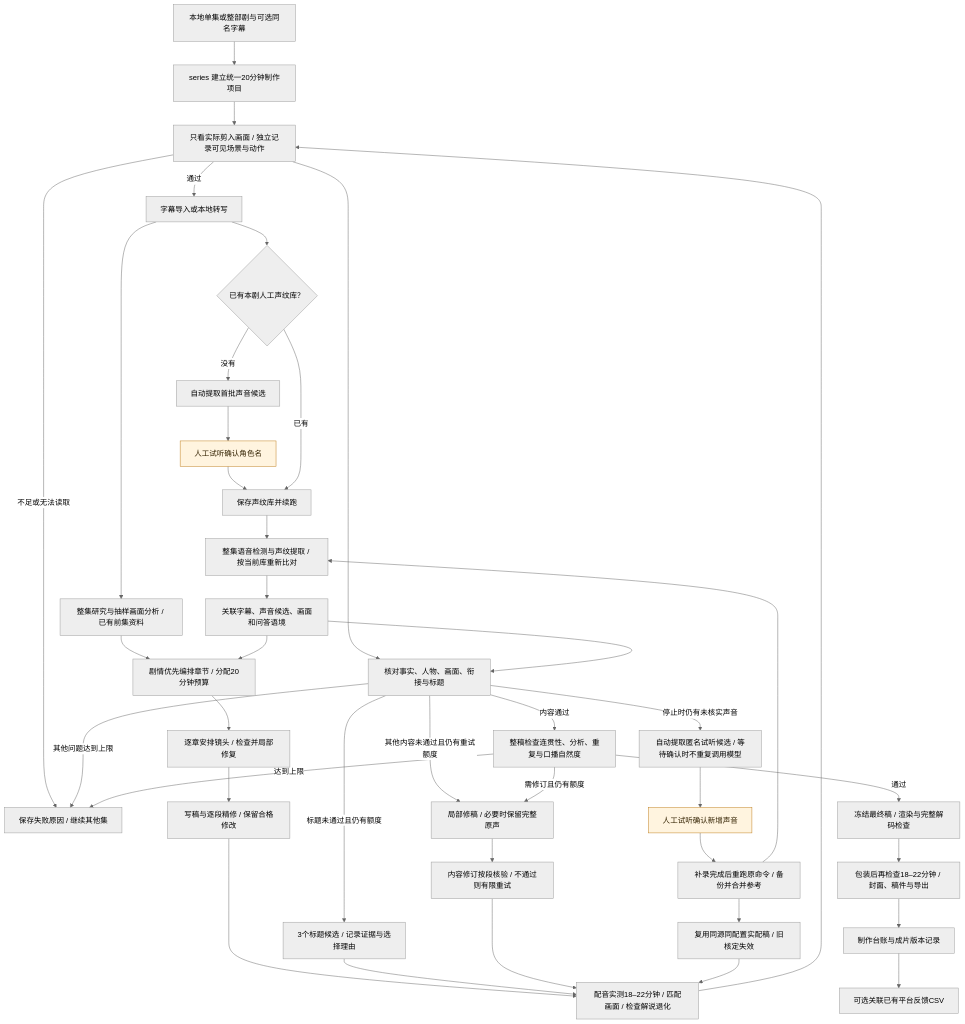
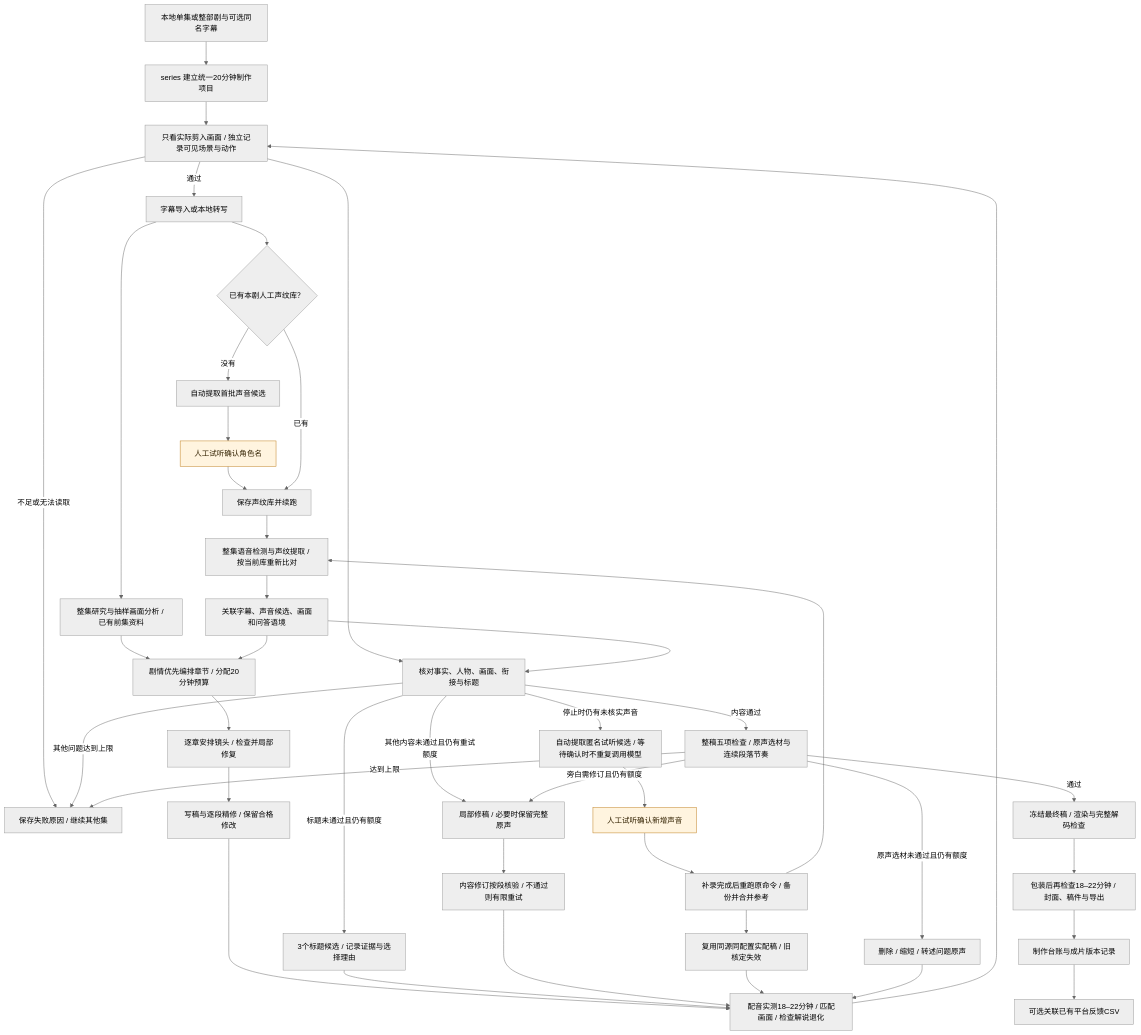
The first of 2 diagrams in README.md (redrain-wang/autoclip1), drawn with Mermaid (neutral theme) before and after one commit. The commit also changed other lines of this file and 10 other files, not shown here.

````diff
--- a/README.md
+++ b/README.md
@@ -65,44 +69,46 @@
 ```mermaid
 flowchart TD
     A[本地单集或整部剧与可选同名字幕] --> B[series 建立统一20分钟制作项目]
     B --> V{素材至少18分钟？}
     V -->|不足或无法读取| Q[保存失败原因 / 继续其他集]
     V -->|通过| C[字幕导入或本地转写]
     C --> D{已有本剧人工声纹库？}
     D -->|没有| E[自动提取首批声音候选]
     E --> F[人工试听确认角色名]
     F --> G[保存声纹库并续跑]
     D -->|已有| G
     G --> H[整集语音检测与声纹提取 / 按当前库重新比对]
     H --> I[关联字幕、声音候选、画面和问答语境]
     C --> J[整集研究与抽样画面分析 / 已有前集资料]
     J --> K[剧情优先编排章节 / 分配20分钟预算]
     I --> K
     K --> L[逐章安排镜头 / 检查并局部修复]
     L --> M[写稿与逐段精修 / 保留合格修改]
     M --> N[配音实测18–22分钟 / 匹配画面 / 检查解说退化]
     N --> V[只看实际剪入画面 / 独立记录可见场景与动作]
     V --> O[核对事实、人物、画面、衔接与标题]
     I --> O
     O -->|标题未通过且仍有额度| TT[3个标题候选 / 记录证据与选择理由]
     TT --> N
     O -->|其他内容未通过且仍有重试额度| P[局部修稿 / 必要时保留完整原声]
     P --> U[内容修订按段核验 / 不通过则有限重试]
     U --> N
     O -->|停止时仍有未核实声音| W[自动提取匿名试听候选 / 等待确认时不重复调用模型]
     W --> Z[人工试听确认新增声音]
     Z --> X[补录完成后重跑原命令 / 备份并合并参考]
     X --> H
     X --> Y[复用同源同配置实配稿 / 旧核定失效]
     Y --> N
     O -->|其他问题达到上限| Q
-    O -->|内容通过| QD[整稿检查连贯性、分析、重复与口播自然度]
-    QD -->|需修订且仍有额度| P
+    O -->|内容通过| QD[整稿五项检查 / 原声选材与连续段落节奏]
+    QD -->|旁白需修订且仍有额度| P
+    QD -->|原声选材未通过且仍有额度| QS[删除 / 缩短 / 转述问题原声]
+    QS --> N
     QD -->|达到上限| Q
     QD -->|通过| R[冻结最终稿 / 渲染与完整解码检查]
     R --> S[包装后再检查18–22分钟 / 封面、稿件与导出]
     S --> T[制作台账与成片版本记录]
     T --> FB[可选关联已有平台反馈CSV]
     classDef human fill:#fff4df,stroke:#bd7a17,color:#332200
     class F,Z human
 ```
````
